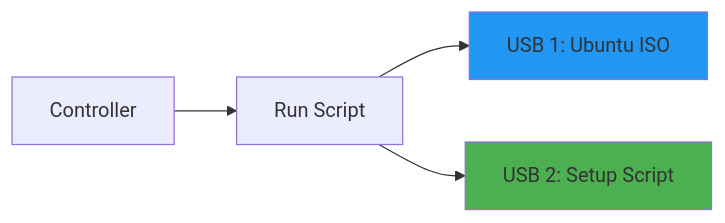
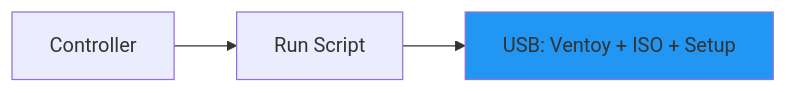
Before and after one commit to johantre/homelab-infra: the first of 6 diagrams in DISASTER_RECOVERY.md, drawn with Mermaid. The commit also changed other lines of this file and 4 other files, not shown here.

````diff
--- a/DISASTER_RECOVERY.md
+++ b/DISASTER_RECOVERY.md
@@ -94,9 +94,7 @@
 ```mermaid
 graph LR
     A[Controller] --> B[Run Script]
-    B --> C[USB 1: Ubuntu ISO]
-    B --> D[USB 2: Setup Script]
-    
+    B --> C[USB: Ventoy + ISO + Setup]
+
     style C fill:#2196f3
-    style D fill:#4caf50
 ```
````
